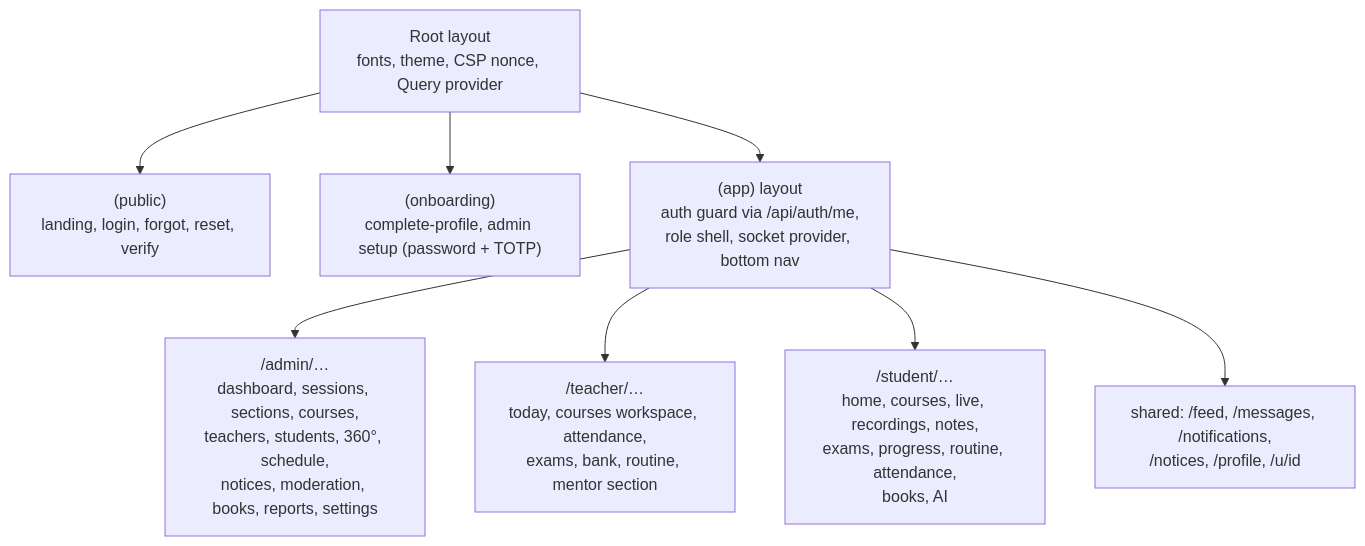
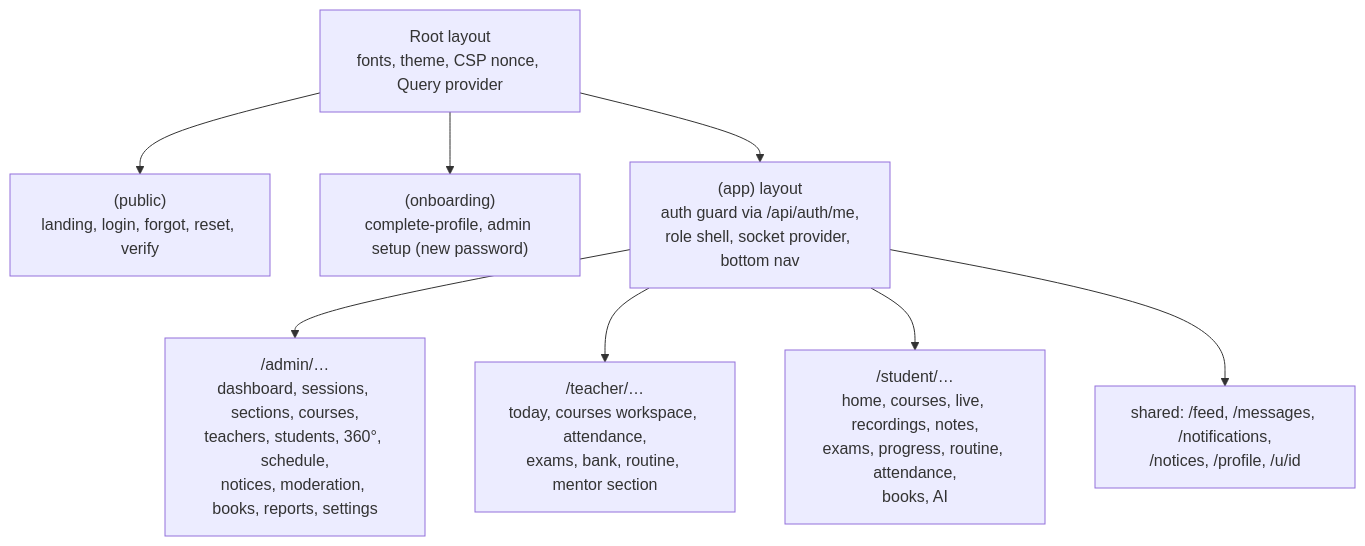
One commit to chinmoy567/College-Management changed diagram 39 of 41 in docs/architecture.md. Above: the diagram before and after it, drawn with Mermaid. The commit also changed other lines of this file and 7 other files, not shown here.

Commit message:
docs: remove Admin TOTP from implementation plans, architecture diagrams (request pipeline, login sequence, session states, security, entity fields) and tech stack (otplib row)

````diff
--- a/docs/architecture.md
+++ b/docs/architecture.md
@@ -1274,11 +1259,11 @@
 ```mermaid
 flowchart TB
     rootL["Root layout<br/>fonts, theme, CSP nonce, Query provider"]
     rootL --> public["(public)<br/>landing, login, forgot, reset, verify"]
-    rootL --> onboard["(onboarding)<br/>complete-profile, admin setup (password + TOTP)"]
+    rootL --> onboard["(onboarding)<br/>complete-profile, admin setup (new password)"]
     rootL --> appL["(app) layout<br/>auth guard via /api/auth/me,<br/>role shell, socket provider, bottom nav"]
     appL --> adminR["/admin/…<br/>dashboard, sessions, sections, courses,<br/>teachers, students, 360°, schedule,<br/>notices, moderation, books, reports, settings"]
     appL --> teacherR["/teacher/…<br/>today, courses workspace, attendance,<br/>exams, bank, routine, mentor section"]
     appL --> studentR["/student/…<br/>home, courses, live, recordings, notes,<br/>exams, progress, routine, attendance,<br/>books, AI"]
     appL --> sharedR["shared: /feed, /messages, /notifications,<br/>/notices, /profile, /u/id"]
 ```
````
